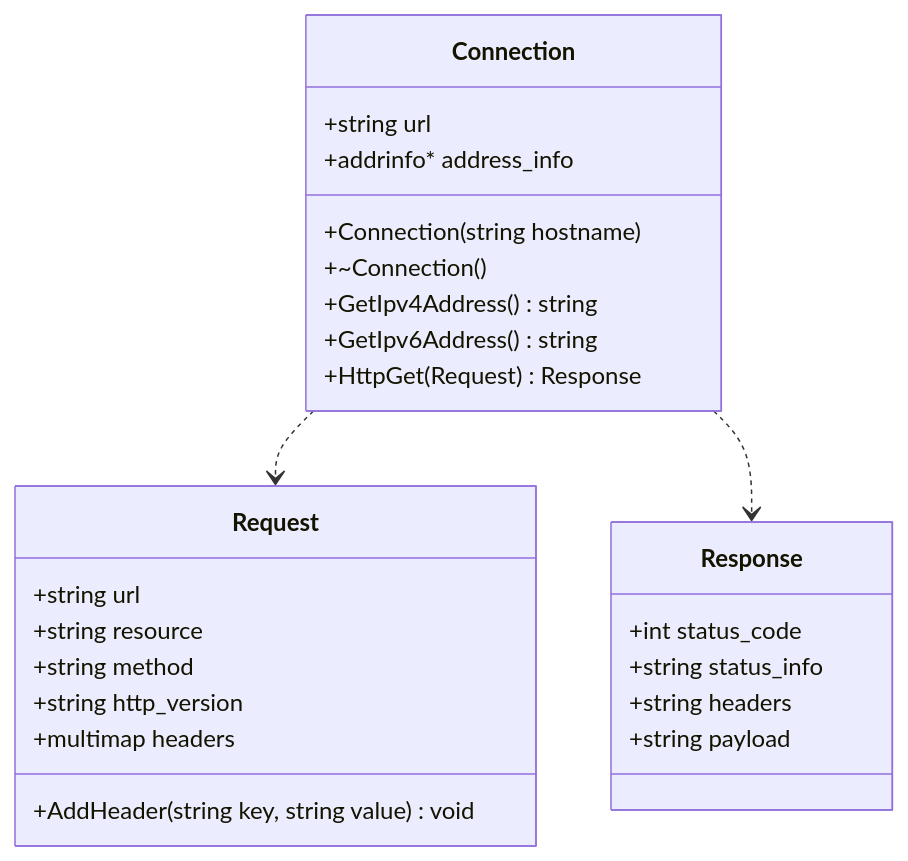
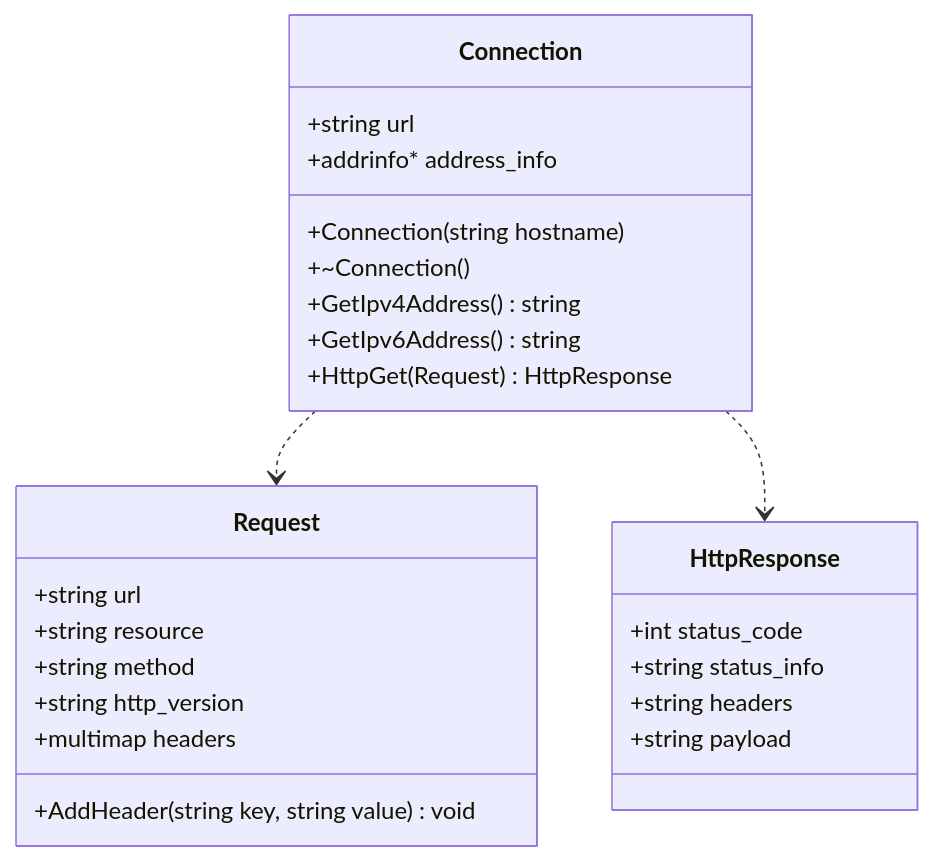
Before and after one commit to hugoppp-uni/Rechnernetze: the first of 2 diagrams in aufg2/README.md, drawn with Mermaid. The commit also changed other lines of this file and 6 other files, not shown here.

Commit message:
Rename response to http_response

````diff
--- a/aufg2/README.md
+++ b/aufg2/README.md
@@ -17,28 +17,28 @@
 ```mermaid
 classDiagram
     class Connection{
         +string url
         +addrinfo* address_info
         +Connection(string hostname)
         +~Connection()
         +GetIpv4Address() string
         +GetIpv6Address() string
-        +HttpGet(Request) Response
+        +HttpGet(Request) HttpResponse
     }
     class Request{
         +string url
         +string resource
         +string method
         +string http_version
         +multimap<string,string> headers
         +AddHeader(string key, string value) void
     }
-    class Response{
+    class HttpResponse{
         +int status_code
         +string status_info
         +string headers
         +string payload
     }
     Connection ..> Request
-    Connection ..> Response
+    Connection ..> HttpResponse
 ```
````
